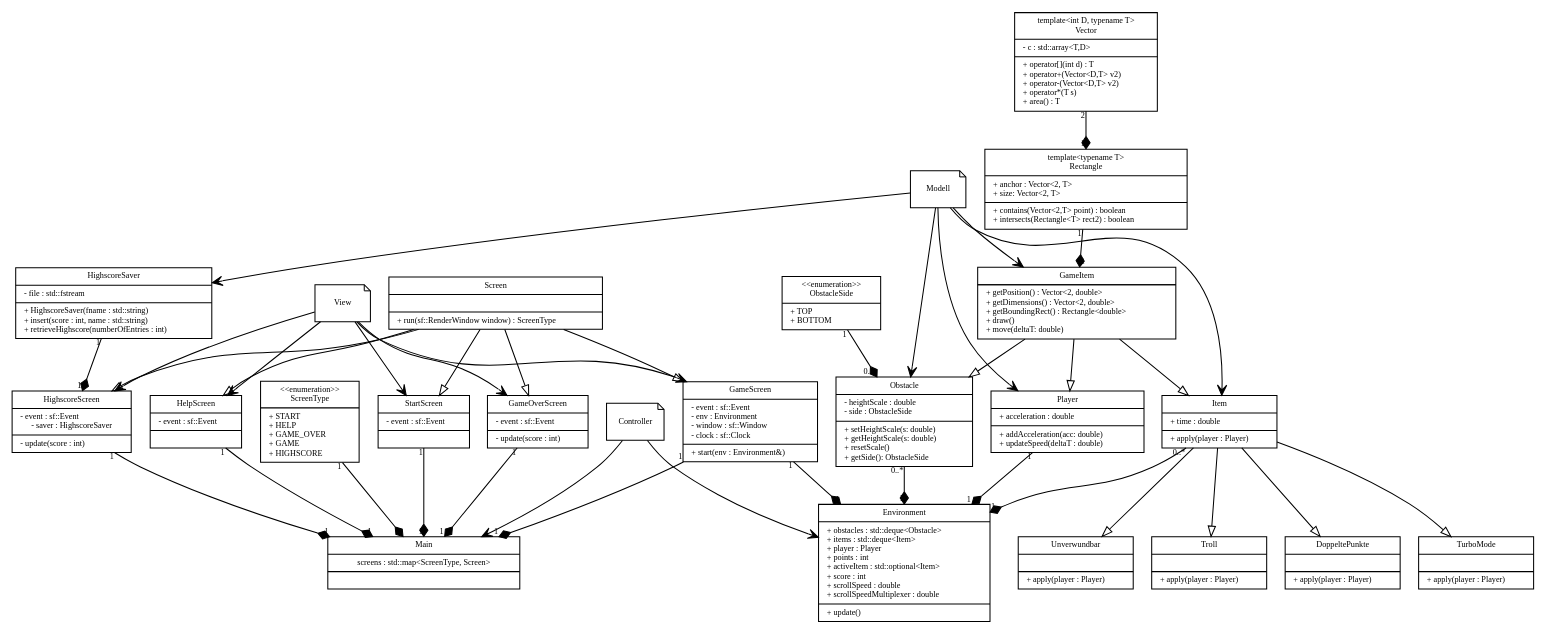
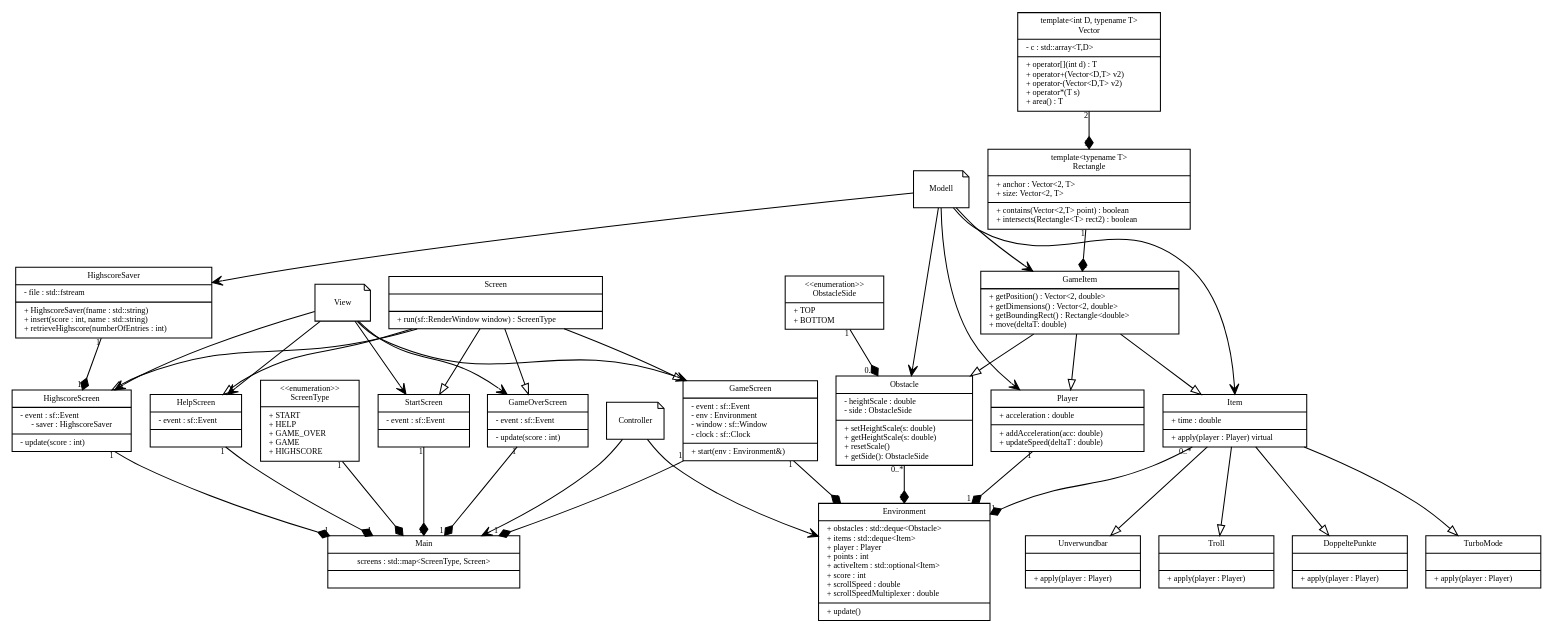
Before and after one commit to aul12/SoPra: the diagram in Blatt04/klassendiagrammFlappyWizard.dot, drawn with Graphviz.

```diff
--- a/Blatt04/klassendiagrammFlappyWizard.dot
+++ b/Blatt04/klassendiagrammFlappyWizard.dot
@@ -57,7 +57,7 @@
     ]
 
     GameItem [
-        label = "{GameItem|- boundingRect : Rectangle<double>\l- speed : Vector\<2, double\>\l|+ getPosition() : Vector\<2, double\>\l+ getDimensions() : Vector\<2, double\>\l+ getBoundingRect() : Rectangle\<double\>\l+ draw()\l+ move(deltaT: double)\l}"
+        label = "{GameItem|- boundingRect : Rectangle<double>\l- speed : Vector\<2, double\>\l|+ getPosition() : Vector\<2, double\>\l+ getDimensions() : Vector\<2, double\>\l+ getBoundingRect() : Rectangle\<double\>\l+ move(deltaT: double)\l}"
     ]
     Obstacle [
         label = "{Obstacle|- heightScale : double\l- side : ObstacleSide\l|+ setHeightScale(s: double)\l+ getHeightScale(s: double)\l+ resetScale()\l+ getSide(): ObstacleSide\l}"
@@ -68,7 +68,7 @@
     ]
 
     Item [
-        label = "{Item|+ time : double\l| + apply(player : Player)\l}"
+        label = "{Item|+ time : double\l| + apply(player : Player) virtual\l}"
     ]
 
     ItemTypeUnverwundbar [
```
